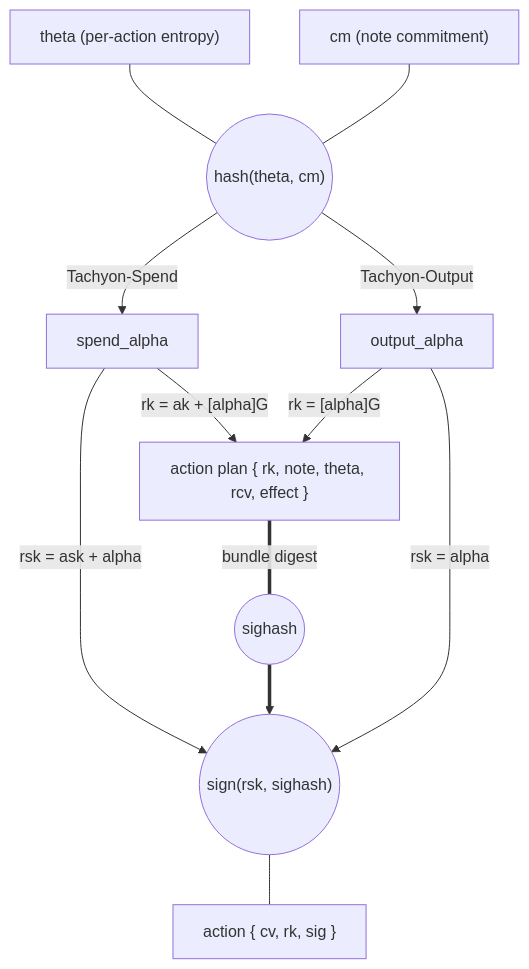
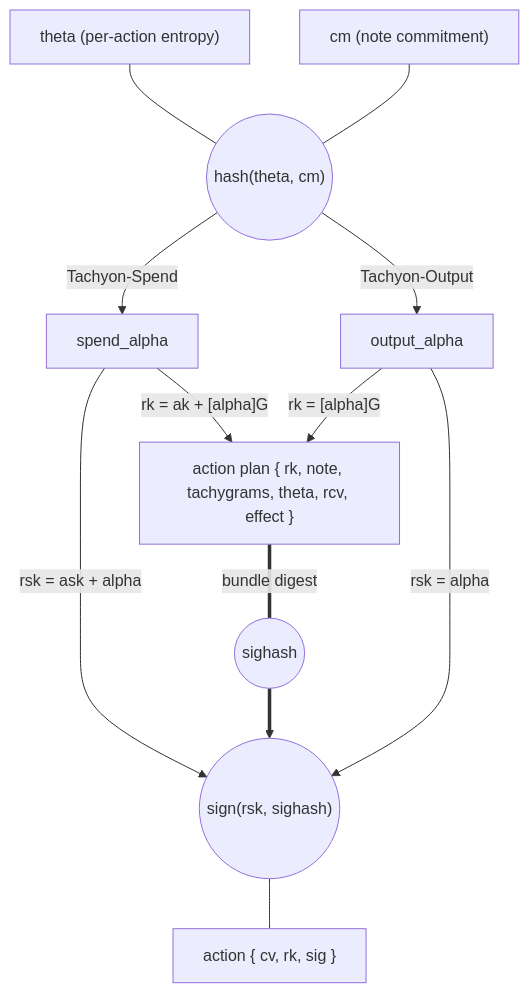
Before and after one commit to tachyon-zcash/tachyon: the first of 3 diagrams in book/src/authorization.md, drawn with Mermaid. The commit also changed other lines of this file and 5 other files, not shown here.

````diff
--- a/book/src/authorization.md
+++ b/book/src/authorization.md
@@ -12,24 +12,24 @@
 ```mermaid
 flowchart TB
     theta["theta (per-action entropy)"]
     cm["cm (note commitment)"]
     hash(("hash(theta, cm)"))
 
     theta & cm --- hash
 
     hash -->|"Tachyon-Spend"| spend_alpha
     hash -->|"Tachyon-Output"| output_alpha
 
     spend_alpha -->|"rk = ak + [alpha]G"| plan
     output_alpha -->|"rk = [alpha]G"| plan
 
-    plan["action plan { rk, note, theta, rcv, effect }"]
+    plan["action plan { rk, note, tachygrams, theta, rcv, effect }"]
     plan ===|"bundle digest"| sighash((sighash))
 
     spend_alpha -->|"rsk = ask + alpha"| sign
     sighash ==> sign
     output_alpha -->|"rsk = alpha"| sign
 
     sign(("sign(rsk, sighash)"))
     sign --- action["action { cv, rk, sig }"]
 ```
````
